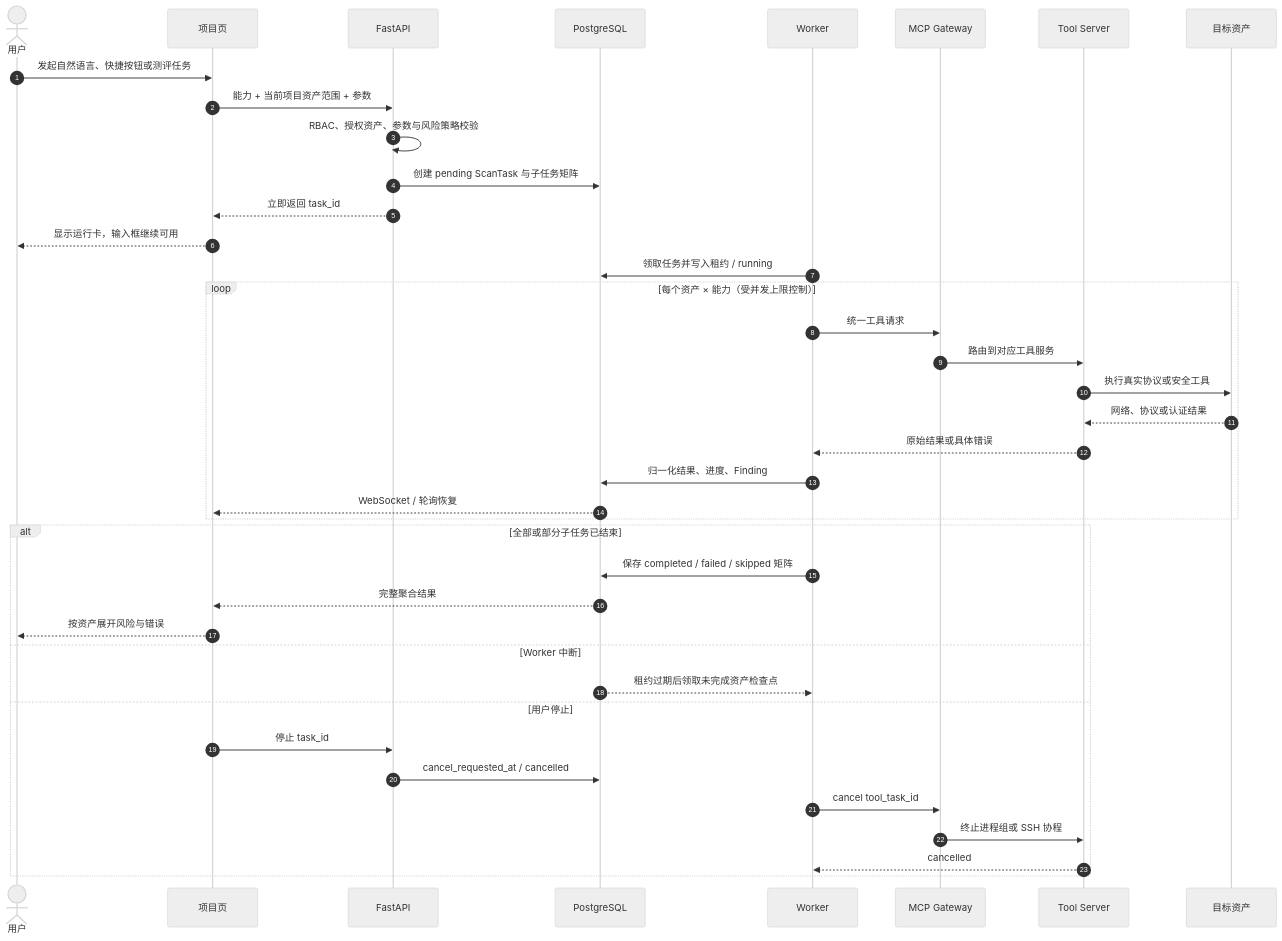
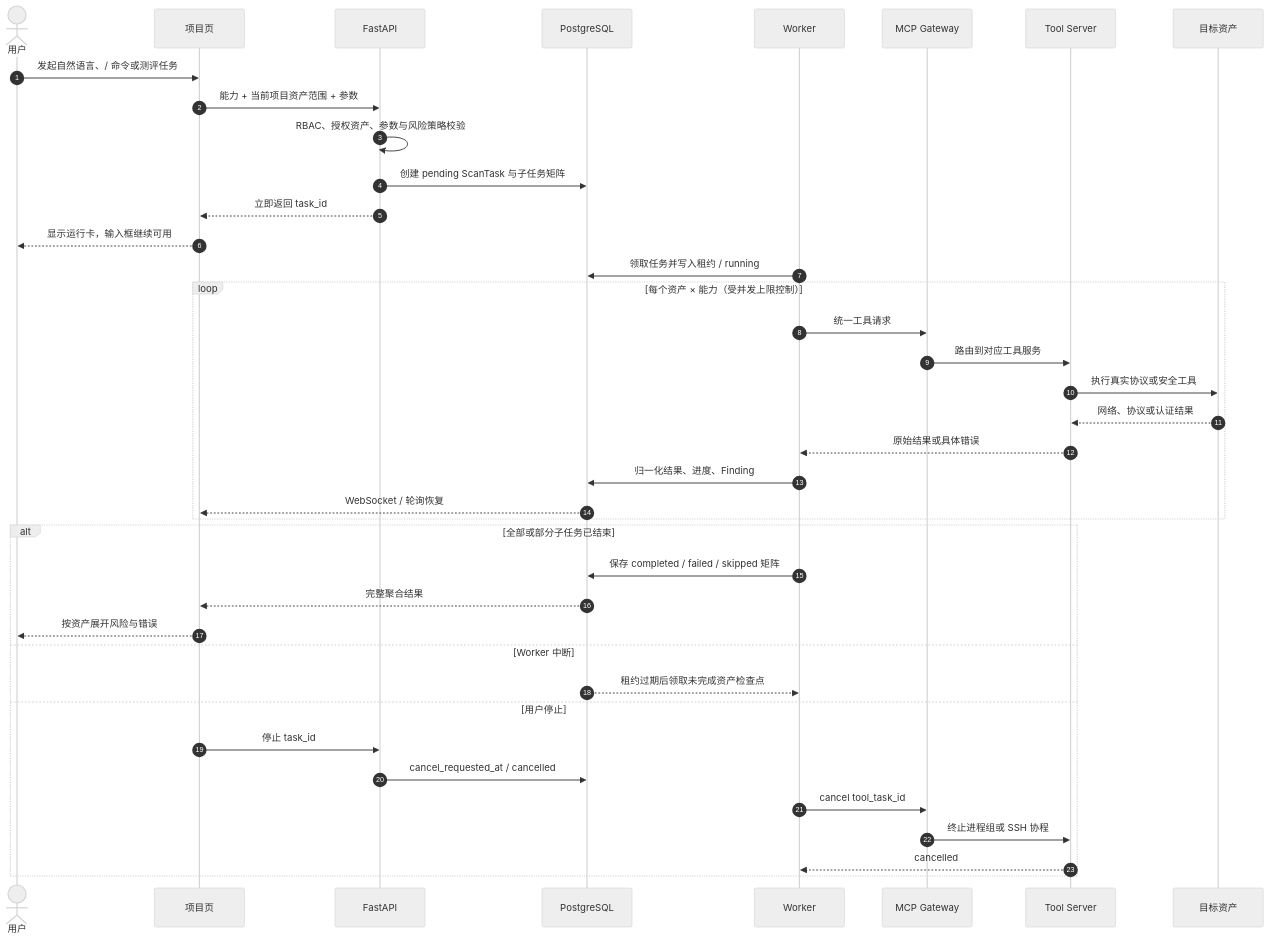
The seventh of 11 diagrams in .opencode/plans/ARCHITECTURE.md (asxzsa558/CertiProof), drawn with Mermaid (neutral theme) before and after one commit. The commit also changed other lines of this file and 42 other files, not shown here.

Commit message:
fix: stabilize assessment workspace and result flows

````diff
--- a/.opencode/plans/ARCHITECTURE.md
+++ b/.opencode/plans/ARCHITECTURE.md
@@ -736,44 +751,44 @@
 ```mermaid
 sequenceDiagram
   autonumber
   actor U as 用户
   participant FE as 项目页
   participant API as FastAPI
   participant DB as PostgreSQL
   participant W as Worker
   participant GW as MCP Gateway
   participant TS as Tool Server
   participant T as 目标资产
 
-  U->>FE: 发起自然语言、快捷按钮或测评任务
+  U->>FE: 发起自然语言、/ 命令或测评任务
   FE->>API: 能力 + 当前项目资产范围 + 参数
   API->>API: RBAC、授权资产、参数与风险策略校验
   API->>DB: 创建 pending ScanTask 与子任务矩阵
   API-->>FE: 立即返回 task_id
   FE-->>U: 显示运行卡，输入框继续可用
 
   W->>DB: 领取任务并写入租约 / running
   loop 每个资产 × 能力（受并发上限控制）
     W->>GW: 统一工具请求
     GW->>TS: 路由到对应工具服务
     TS->>T: 执行真实协议或安全工具
     T-->>TS: 网络、协议或认证结果
     TS-->>W: 原始结果或具体错误
     W->>DB: 归一化结果、进度、Finding
     DB-->>FE: WebSocket / 轮询恢复
   end
 
   alt 全部或部分子任务已结束
     W->>DB: 保存 completed / failed / skipped 矩阵
     DB-->>FE: 完整聚合结果
     FE-->>U: 按资产展开风险与错误
   else Worker 中断
     DB-->>W: 租约过期后领取未完成资产检查点
   else 用户停止
     FE->>API: 停止 task_id
     API->>DB: cancel_requested_at / cancelled
     W->>GW: cancel tool_task_id
     GW->>TS: 终止进程组或 SSH 协程
     TS-->>W: cancelled
   end
 ```
````
